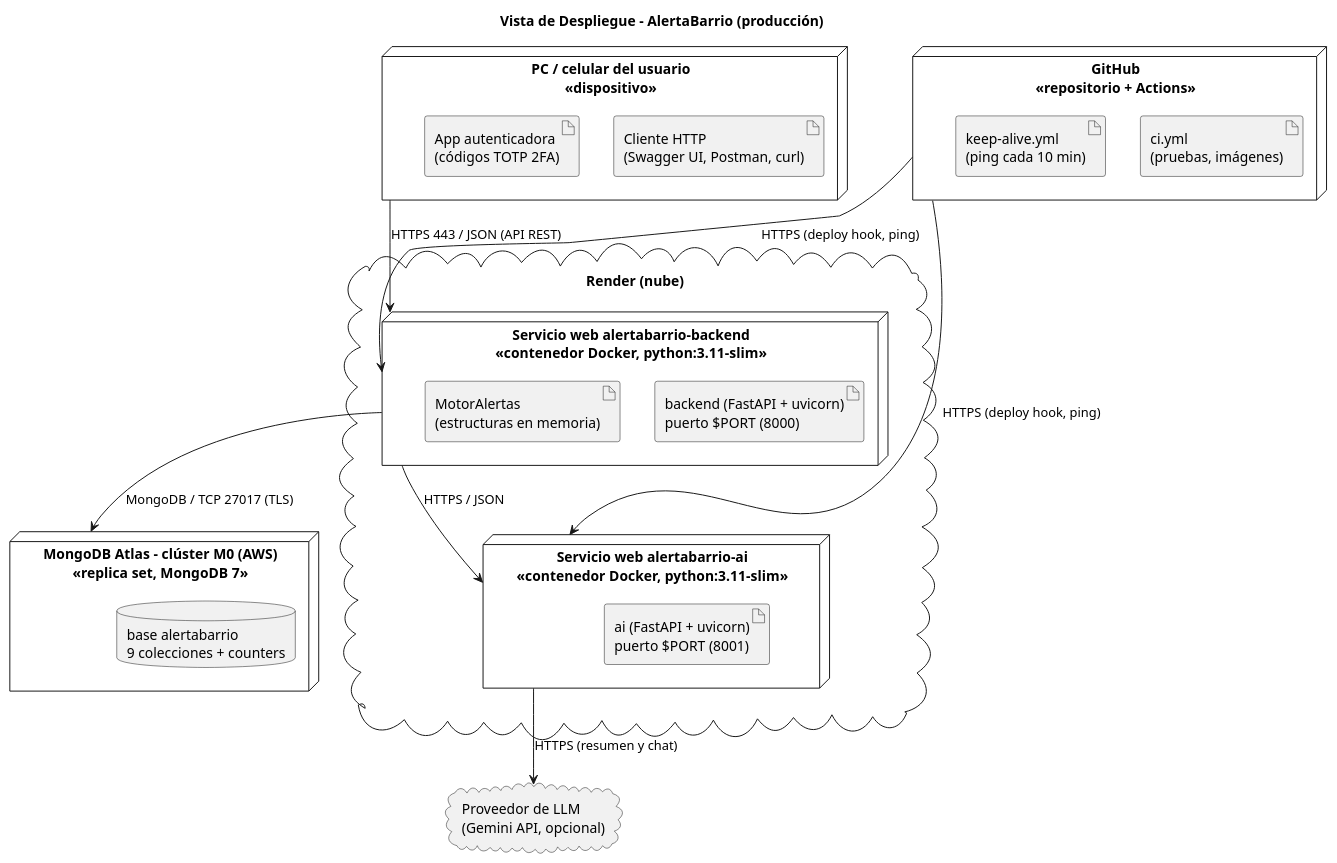
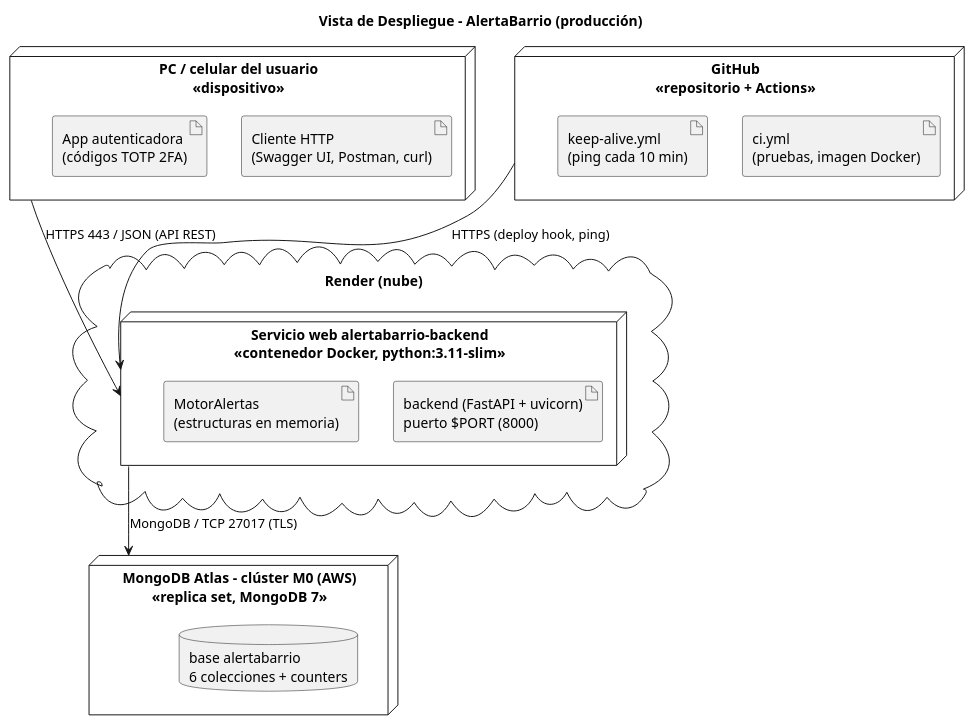
The diagram in docs/diagramas/5_vista_despliegue.puml (neber18/AlertaBarrio-Diseno-de-Software), drawn with PlantUML before and after one commit. The commit also changed 31 other files, not shown here.

Commit message:
docs: README, wiki, historias y diagramas 4+1 sin el componente de IA

```diff
--- a/docs/diagramas/5_vista_despliegue.puml
+++ b/docs/diagramas/5_vista_despliegue.puml
@@ -1,36 +1,28 @@
 @startuml Vista_Despliegue_AlertaBarrio
 title Vista de Despliegue - AlertaBarrio (producción)
 
 node "PC / celular del usuario\n<<dispositivo>>" as N1 {
   artifact "Cliente HTTP\n(Swagger UI, Postman, curl)" as A1
   artifact "App autenticadora\n(códigos TOTP 2FA)" as A1b
 }
 
 cloud "Render (nube)" as R {
   node "Servicio web alertabarrio-backend\n<<contenedor Docker, python:3.11-slim>>" as N3 {
     artifact "backend (FastAPI + uvicorn)\npuerto $PORT (8000)" as A3
     artifact "MotorAlertas\n(estructuras en memoria)" as A3b
   }
-  node "Servicio web alertabarrio-ai\n<<contenedor Docker, python:3.11-slim>>" as N4 {
-    artifact "ai (FastAPI + uvicorn)\npuerto $PORT (8001)" as A4
-  }
 }
 
 node "MongoDB Atlas - clúster M0 (AWS)\n<<replica set, MongoDB 7>>" as N5 {
-  database "base alertabarrio\n9 colecciones + counters" as A5
+  database "base alertabarrio\n6 colecciones + counters" as A5
 }
 
-cloud "Proveedor de LLM\n(Gemini API, opcional)" as N6
-
 node "GitHub\n<<repositorio + Actions>>" as N7 {
-  artifact "ci.yml\n(pruebas, imágenes)" as A7
+  artifact "ci.yml\n(pruebas, imagen Docker)" as A7
   artifact "keep-alive.yml\n(ping cada 10 min)" as A7b
 }
 
 N1 --> N3 : HTTPS 443 / JSON (API REST)
-N3 --> N4 : HTTPS / JSON
 N3 --> N5 : MongoDB / TCP 27017 (TLS)
-N4 --> N6 : HTTPS (resumen y chat)
 N7 --> N3 : HTTPS (deploy hook, ping)
-N7 --> N4 : HTTPS (deploy hook, ping)
 @enduml
```
